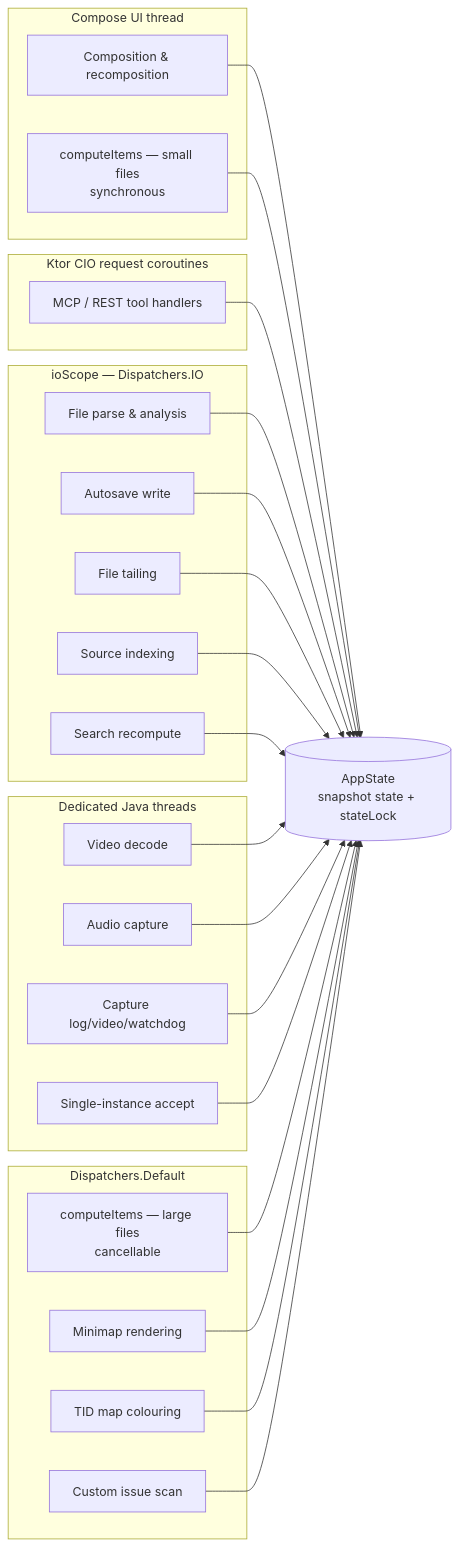
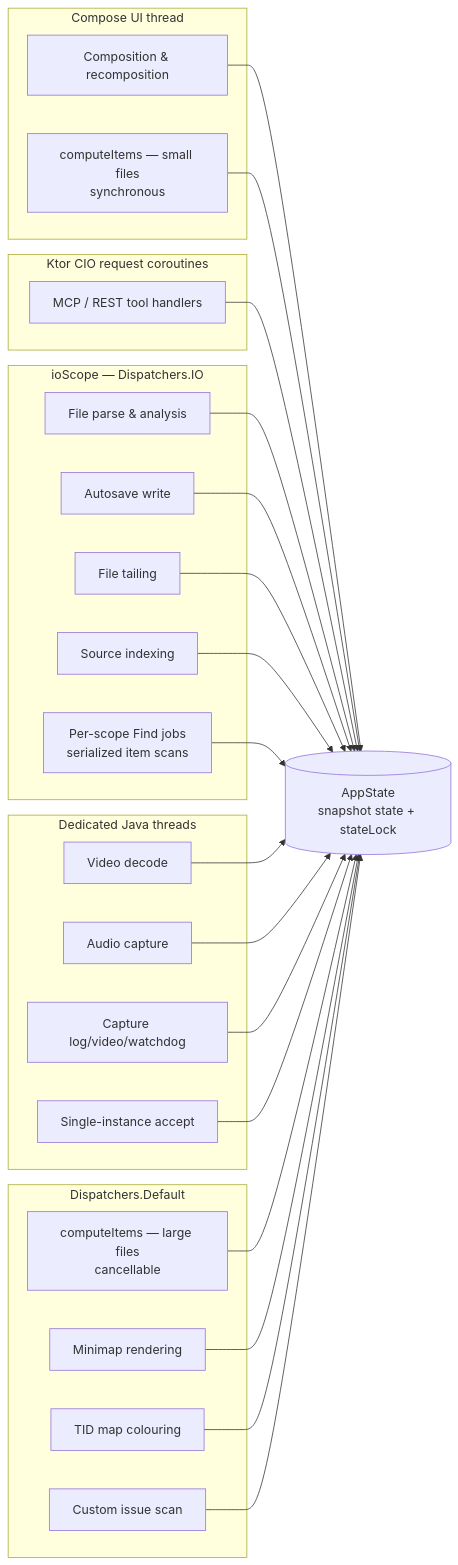
The seventh of 17 diagrams in docs/SAAD.md (indagium/indagium), drawn with Mermaid before and after one commit. The commit also changed other lines of this file and 17 other files, not shown here.

First line of the commit message:
Add independent Find scopes and configurable search behavior

````diff
--- a/docs/SAAD.md
+++ b/docs/SAAD.md
@@ -1646,52 +1684,52 @@
 ```mermaid
 flowchart LR
     subgraph ui_thread["Compose UI thread"]
         compose["Composition & recomposition"]
         small["computeItems — small files<br/>synchronous"]
     end
 
     subgraph cpu["Dispatchers.Default"]
         big["computeItems — large files<br/>cancellable"]
         minimap["Minimap rendering"]
         tid["TID map colouring"]
         issues["Custom issue scan"]
     end
 
     subgraph io["ioScope — Dispatchers.IO"]
         load["File parse & analysis"]
         save["Autosave write"]
         tail["File tailing"]
         index["Source indexing"]
-        search["Search recompute"]
+        search["Per-scope Find jobs<br/>serialized item scans"]
     end
 
     subgraph ktor["Ktor CIO request coroutines"]
         tools["MCP / REST tool handlers"]
     end
 
     subgraph native["Dedicated Java threads"]
         decode["Video decode"]
         capture["Audio capture"]
         recorder["Capture log/video/watchdog"]
         accept["Single-instance accept"]
     end
 
     state[("AppState<br/>snapshot state + stateLock")]
 
     compose --> state
     small --> state
     big --> state
     load --> state
     tail --> state
     search --> state
     tools --> state
     decode --> state
     capture --> state
     recorder --> state
     accept --> state
     save --> state
     minimap --> state
     tid --> state
     issues --> state
     index --> state
 ```
````
